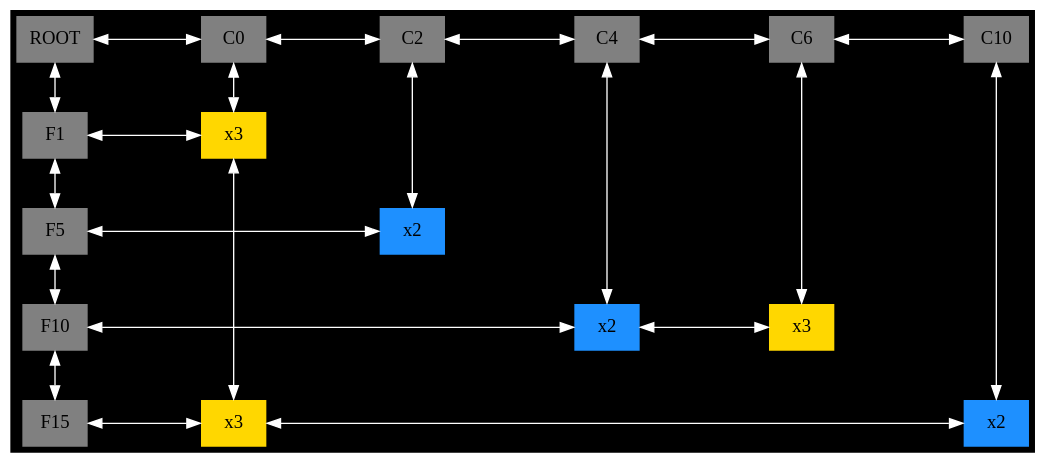
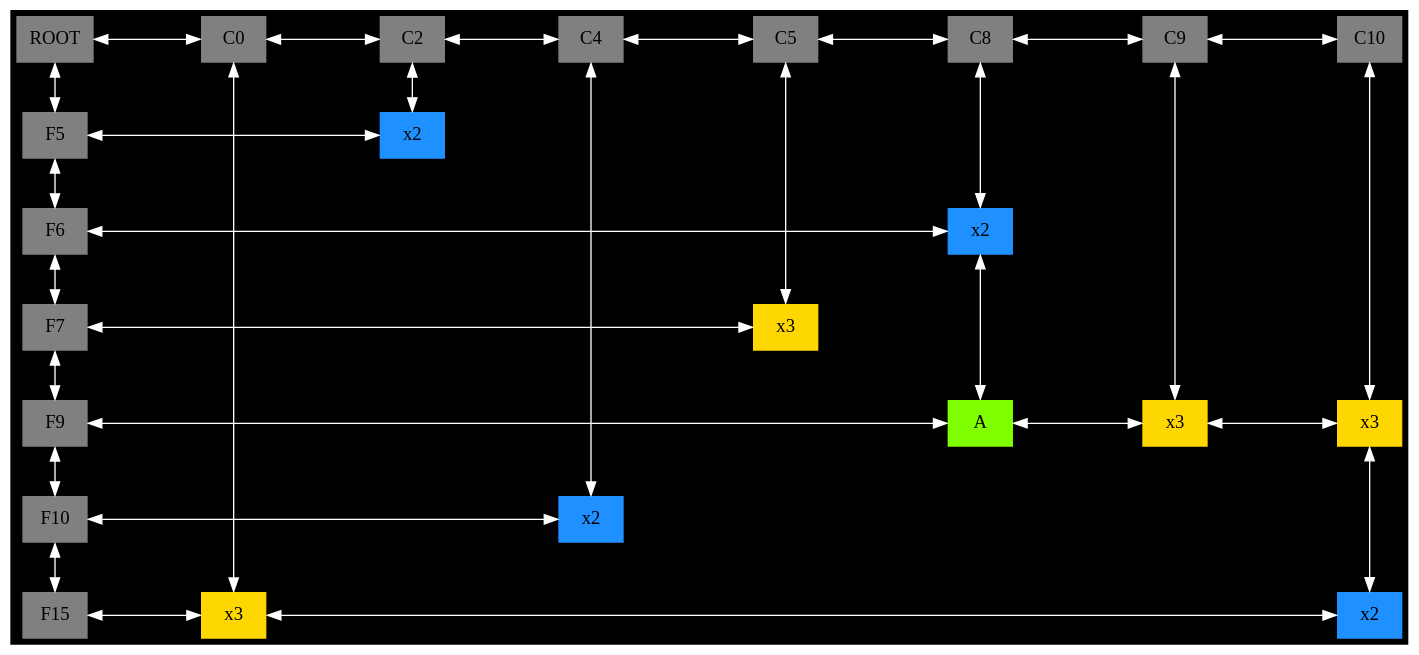
Before and after one commit to PabloAndresArg/EDD_1S2020_PY1_201800464: the diagram in Proyecto1EDD_201800464/REPORTES/matriz.dot, drawn with Graphviz. The commit also changed 40 other files, not shown here.

```diff
--- a/Proyecto1EDD_201800464/REPORTES/matriz.dot
+++ b/Proyecto1EDD_201800464/REPORTES/matriz.dot
@@ -1,53 +1,74 @@
 digraph G {bgcolor = black; 
 node[pin = true , shape = box, fontcolor = black  , fillcolor = gray  , width=0.7 ,style = filled] ;
 charset = latin1;
  style = filled ;
 nodesep = 1.0;
-VAL_0146EEB0->VAL_0147D408 [ dir=both ,color = white]; 
-VAL_0146EEB0->VAL_0147D330 [  dir=both,  color = white]; 
-VAL_0146EEB0[label = "ROOT", group = -1,pos = "-1,1" ];
-VAL_0147D408->VAL_0147D180 [ dir=both, color = white]; 
-VAL_0147D408->VAL_0147D570 [ dir=both, color = white]; 
-VAL_0147D408[label="C0", group = 0,pos = "0,1" ];
-VAL_0147D180->VAL_0147CBE0 [ dir=both, color = white]; 
-VAL_0147D180->VAL_0147CC28 [ dir=both, color = white]; 
-VAL_0147D180[label="C2", group = 2,pos = "2,1" ];
-VAL_0147CBE0->VAL_0147D600 [ dir=both, color = white]; 
-VAL_0147CBE0->VAL_0147CB98 [ dir=both, color = white]; 
-VAL_0147CBE0[label="C4", group = 4,pos = "4,1" ];
-VAL_0147D600->VAL_0147C9A0 [ dir=both, color = white]; 
-VAL_0147D600->VAL_0147D5B8 [ dir=both, color = white]; 
-VAL_0147D600[label="C6", group = 6,pos = "6,1" ];
-VAL_0147C9A0->VAL_0147C958 [ dir=both, color = white]; 
-VAL_0147C9A0[label="C10", group = 10,pos = "10,1" ];
-VAL_0147D330->VAL_0147D570 [ dir=both ,color = white]; 
-VAL_0147D330->VAL_0147CB08 [  dir=both,  color = white]; 
-VAL_0147D330[label="F1" , group = -1,pos = "-1,-1" ];
-VAL_0147D570->VAL_0147D690 [ dir=both, color = white]; 
-VAL_0147D570[ label = " x3 "  ,fillcolor = gold1, group = 0,pos = "0,-1" ];
-VAL_0147CB08->VAL_0147CC28 [ dir=both ,color = white]; 
-VAL_0147CB08->VAL_0147D0A8 [  dir=both,  color = white]; 
-VAL_0147CB08[label="F5" , group = -1,pos = "-1,-5" ];
-VAL_0147CC28[ label = " x2 " ,fillcolor = dodgerblue1, group = 2,pos = "2,-5" ];
-VAL_0147D0A8->VAL_0147CB98 [ dir=both ,color = white]; 
-VAL_0147D0A8->VAL_0147D4E0 [  dir=both,  color = white]; 
-VAL_0147D0A8[label="F10" , group = -1,pos = "-1,-10" ];
-VAL_0147CB98->VAL_0147D5B8 [ dir=both, color = white]; 
-VAL_0147CB98[ label = " x2 " ,fillcolor = dodgerblue1, group = 4,pos = "4,-10" ];
-VAL_0147D5B8[ label = " x3 "  ,fillcolor = gold1, group = 6,pos = "6,-10" ];
-VAL_0147D4E0->VAL_0147D690 [ dir=both ,color = white]; 
-VAL_0147D4E0[label="F15" , group = -1,pos = "-1,-15" ];
-VAL_0147D690->VAL_0147C958 [ dir=both, color = white]; 
-VAL_0147D690[ label = " x3 "  ,fillcolor = gold1, group = 0,pos = "0,-15" ];
-VAL_0147C958[ label = " x2 " ,fillcolor = dodgerblue1, group = 10,pos = "10,-15" ];
-{rank = same; VAL_0146EEB0 VAL_0147D408 VAL_0147D180 VAL_0147CBE0 VAL_0147D600 VAL_0147C9A0 };
+VAL_00CFE590->VAL_00D190F0 [ dir=both ,color = white]; 
+VAL_00CFE590->VAL_00D17C20 [  dir=both,  color = white]; 
+VAL_00CFE590[label = "ROOT", group = -1,pos = "-1,1" ];
+VAL_00D190F0->VAL_00D17B48 [ dir=both, color = white]; 
+VAL_00D190F0->VAL_00D18958 [ dir=both, color = white]; 
+VAL_00D190F0[label="C0", group = 0,pos = "0,1" ];
+VAL_00D17B48->VAL_00D190A8 [ dir=both, color = white]; 
+VAL_00D17B48->VAL_00D18178 [ dir=both, color = white]; 
+VAL_00D17B48[label="C2", group = 2,pos = "2,1" ];
+VAL_00D190A8->VAL_00D18250 [ dir=both, color = white]; 
+VAL_00D190A8->VAL_00D18F88 [ dir=both, color = white]; 
+VAL_00D190A8[label="C4", group = 4,pos = "4,1" ];
+VAL_00D18250->VAL_00D184D8 [ dir=both, color = white]; 
+VAL_00D18250->VAL_00D18208 [ dir=both, color = white]; 
+VAL_00D18250[label="C5", group = 5,pos = "5,1" ];
+VAL_00D184D8->VAL_00D187F0 [ dir=both, color = white]; 
+VAL_00D184D8->VAL_00D18838 [ dir=both, color = white]; 
+VAL_00D184D8[label="C8", group = 8,pos = "8,1" ];
+VAL_00D187F0->VAL_00D18910 [ dir=both, color = white]; 
+VAL_00D187F0->VAL_00D18688 [ dir=both, color = white]; 
+VAL_00D187F0[label="C9", group = 9,pos = "9,1" ];
+VAL_00D18910->VAL_00D18E20 [ dir=both, color = white]; 
+VAL_00D18910[label="C10", group = 10,pos = "10,1" ];
+VAL_00D17C20->VAL_00D18178 [ dir=both ,color = white]; 
+VAL_00D17C20->VAL_00D18640 [  dir=both,  color = white]; 
+VAL_00D17C20[label="F5" , group = -1,pos = "-1,-5" ];
+VAL_00D18178[ label = " x2 " ,fillcolor = dodgerblue1, group = 2,pos = "2,-5" ];
+VAL_00D18640->VAL_00D18838 [ dir=both ,color = white]; 
+VAL_00D18640->VAL_00D18520 [  dir=both,  color = white]; 
+VAL_00D18640[label="F6" , group = -1,pos = "-1,-6" ];
+VAL_00D18838->VAL_00D19330 [ dir=both, color = white]; 
+VAL_00D18838[ label = " x2 " ,fillcolor = dodgerblue1, group = 8,pos = "8,-6" ];
+VAL_00D18520->VAL_00D18208 [ dir=both ,color = white]; 
+VAL_00D18520->VAL_00D18CB8 [  dir=both,  color = white]; 
+VAL_00D18520[label="F7" , group = -1,pos = "-1,-7" ];
+VAL_00D18208[ label = " x3 "  ,fillcolor = gold1, group = 5,pos = "5,-7" ];
+VAL_00D18CB8->VAL_00D19330 [ dir=both ,color = white]; 
+VAL_00D18CB8->VAL_00D18D90 [  dir=both,  color = white]; 
+VAL_00D18CB8[label="F9" , group = -1,pos = "-1,-9" ];
+VAL_00D19330->VAL_00D18688 [ dir=both, color = white]; 
+VAL_00D19330[ label = "A" ,dir=both ,fillcolor = chartreuse1, group = 8,pos = "8,-9" ];
+VAL_00D18688->VAL_00D18E20 [ dir=both, color = white]; 
+VAL_00D18688[ label = " x3 "  ,fillcolor = gold1, group = 9,pos = "9,-9" ];
+VAL_00D18E20->VAL_00D18B50 [ dir=both, color = white]; 
+VAL_00D18E20[ label = " x3 "  ,fillcolor = gold1, group = 10,pos = "10,-9" ];
+VAL_00D18D90->VAL_00D18F88 [ dir=both ,color = white]; 
+VAL_00D18D90->VAL_00D19138 [  dir=both,  color = white]; 
+VAL_00D18D90[label="F10" , group = -1,pos = "-1,-10" ];
+VAL_00D18F88[ label = " x2 " ,fillcolor = dodgerblue1, group = 4,pos = "4,-10" ];
+VAL_00D19138->VAL_00D18958 [ dir=both ,color = white]; 
+VAL_00D19138[label="F15" , group = -1,pos = "-1,-15" ];
+VAL_00D18958->VAL_00D18B50 [ dir=both, color = white]; 
+VAL_00D18958[ label = " x3 "  ,fillcolor = gold1, group = 0,pos = "0,-15" ];
+VAL_00D18B50[ label = " x2 " ,fillcolor = dodgerblue1, group = 10,pos = "10,-15" ];
+{rank = same; VAL_00CFE590 VAL_00D190F0 VAL_00D17B48 VAL_00D190A8 VAL_00D18250 VAL_00D184D8 VAL_00D187F0 VAL_00D18910 };
 
-{rank = same; VAL_0147D330 VAL_0147D570 };
+{rank = same; VAL_00D17C20 VAL_00D18178 };
 
-{rank = same; VAL_0147CB08 VAL_0147CC28 };
+{rank = same; VAL_00D18640 VAL_00D18838 };
 
-{rank = same; VAL_0147D0A8 VAL_0147CB98 VAL_0147D5B8 };
+{rank = same; VAL_00D18520 VAL_00D18208 };
 
-{rank = same; VAL_0147D4E0 VAL_0147D690 VAL_0147C958 };
+{rank = same; VAL_00D18CB8 VAL_00D19330 VAL_00D18688 VAL_00D18E20 };
+
+{rank = same; VAL_00D18D90 VAL_00D18F88 };
+
+{rank = same; VAL_00D19138 VAL_00D18958 VAL_00D18B50 };
 
 }
```
